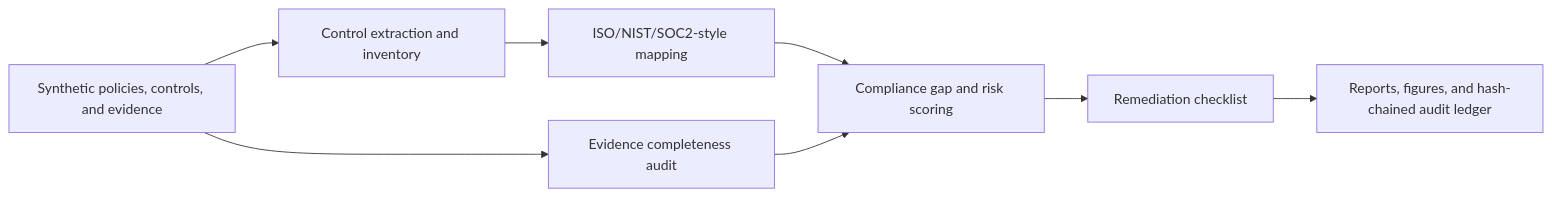
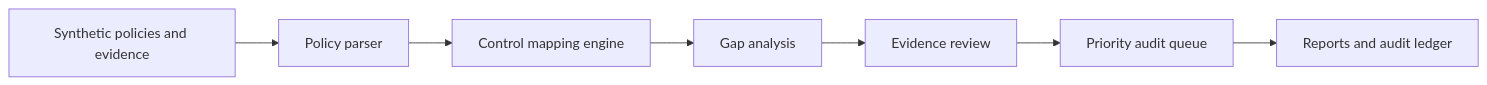
The diagram in README.md (Hirakhyzer/AI-Cyber-Policy-Compliance-Auditor), drawn with Mermaid before and after one commit. The commit also changed other lines of this file, not shown here.

Commit message:
Polish cyber policy compliance auditor README

````diff
--- a/README.md
+++ b/README.md
@@ -35,10 +64,9 @@
 ```mermaid
 flowchart LR
-  A[Synthetic policies, controls, and evidence] --> B[Control extraction and inventory]
-  B --> C[ISO/NIST/SOC2-style mapping]
-  A --> D[Evidence completeness audit]
-  C --> E[Compliance gap and risk scoring]
-  D --> E
-  E --> F[Remediation checklist]
-  F --> G[Reports, figures, and hash-chained audit ledger]
+  A[Synthetic policies and evidence] --> B[Policy parser]
+  B --> C[Control mapping engine]
+  C --> D[Gap analysis]
+  D --> E[Evidence review]
+  E --> F[Priority audit queue]
+  F --> G[Reports and audit ledger]
 ```
````
